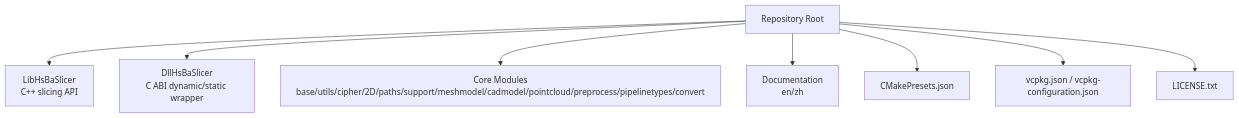
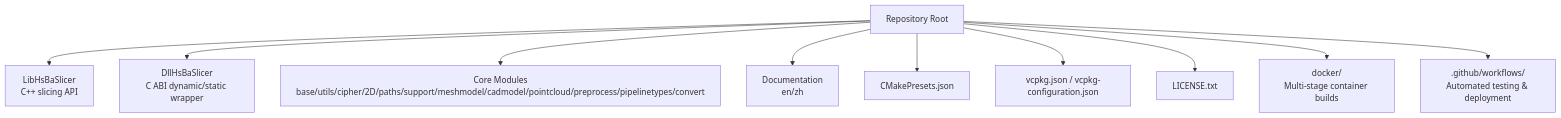
Before and after one commit to hsmbanlance/HsBaSlicer: the first of 9 diagrams in .qoder/repowiki/en/content/Deployment Troubleshooting & FAQ.md, drawn with Mermaid. The commit also changed other lines of this file and 101 other files, not shown here.

````diff
--- a/.qoder/repowiki/en/content/Deployment Troubleshooting & FAQ.md
+++ b/.qoder/repowiki/en/content/Deployment Troubleshooting & FAQ.md
@@ -47,10 +66,12 @@
 ```mermaid
 graph TB
 Root["Repository Root"] --> Lib["LibHsBaSlicer<br/>C++ slicing API"]
 Root --> Dll["DllHsBaSlicer<br/>C ABI dynamic/static wrapper"]
 Root --> Core["Core Modules<br/>base/utils/cipher/2D/paths/support/meshmodel/cadmodel/pointcloud/preprocess/pipelinetypes/convert"]
 Root --> Docs["Documentation<br/>en/zh"]
 Root --> Presets["CMakePresets.json"]
 Root --> VCPKG["vcpkg.json / vcpkg-configuration.json"]
 Root --> License["LICENSE.txt"]
+Root --> Docker["docker/<br/>Multi-stage container builds"]
+Root --> CI[".github/workflows/<br/>Automated testing & deployment"]
 ```
````
